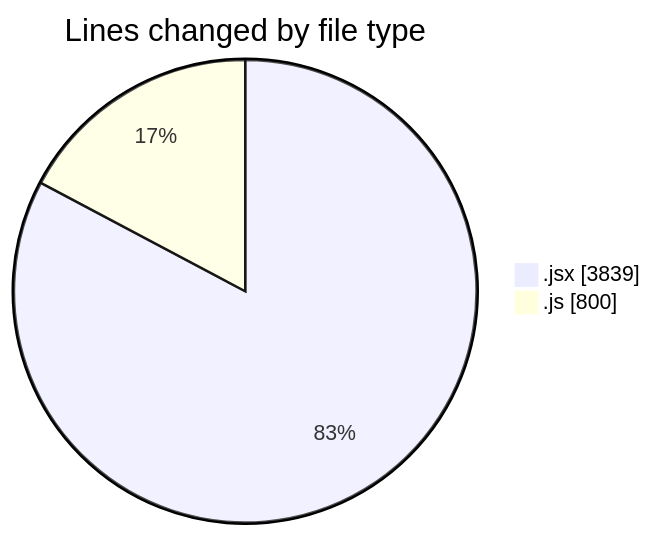
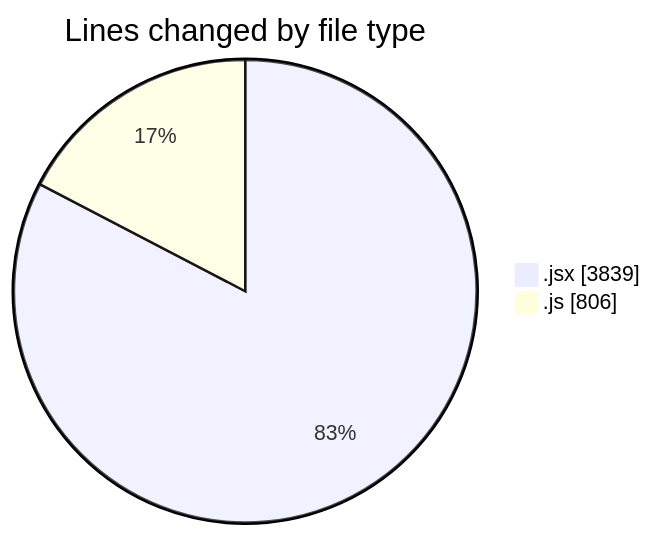
Before and after one commit to nxtqubesakshisongat/code-tracking: the first of 2 diagrams in 2025-07-14/argos/README.md, drawn with Mermaid. The commit also changed other lines of this file and 1 other file, not shown here.

````diff
--- a/2025-07-14/argos/README.md
+++ b/2025-07-14/argos/README.md
@@ -28,6 +28,6 @@
 ```mermaid
 pie showData
 title Lines changed by file type
 ".jsx" : 3839
-".js" : 800
+".js" : 806
 ```
````
